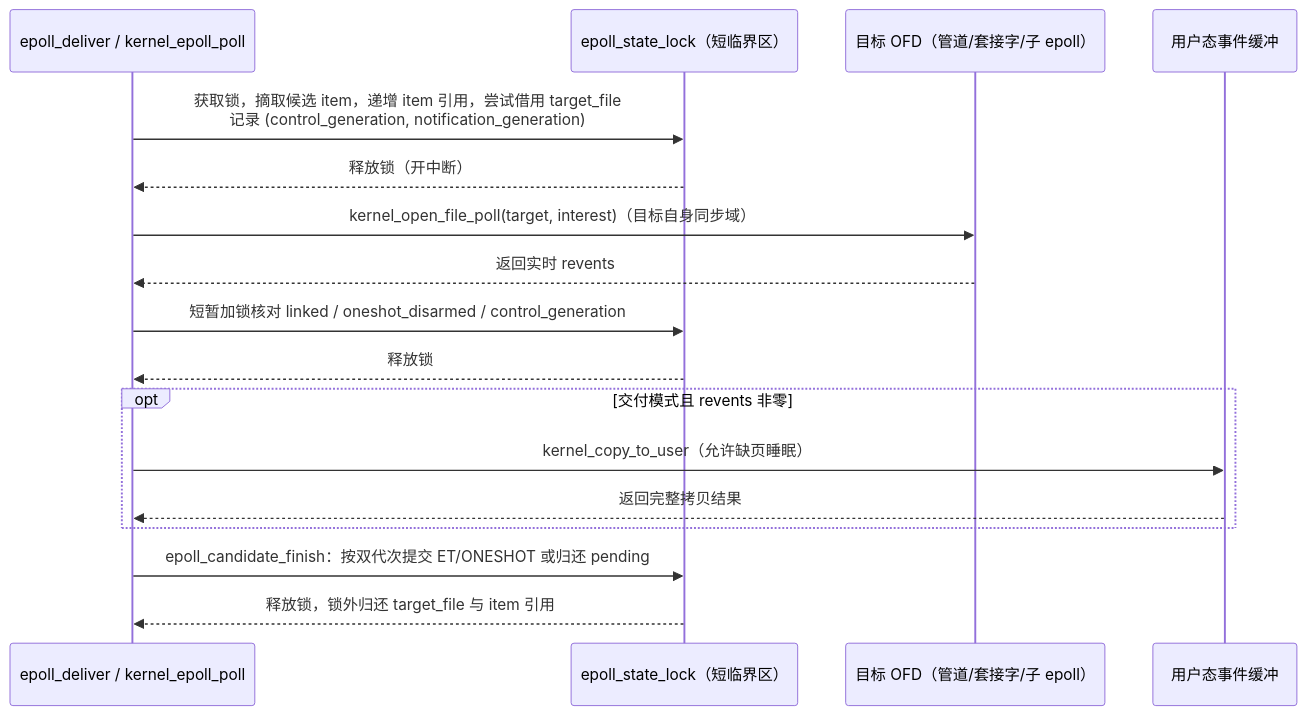
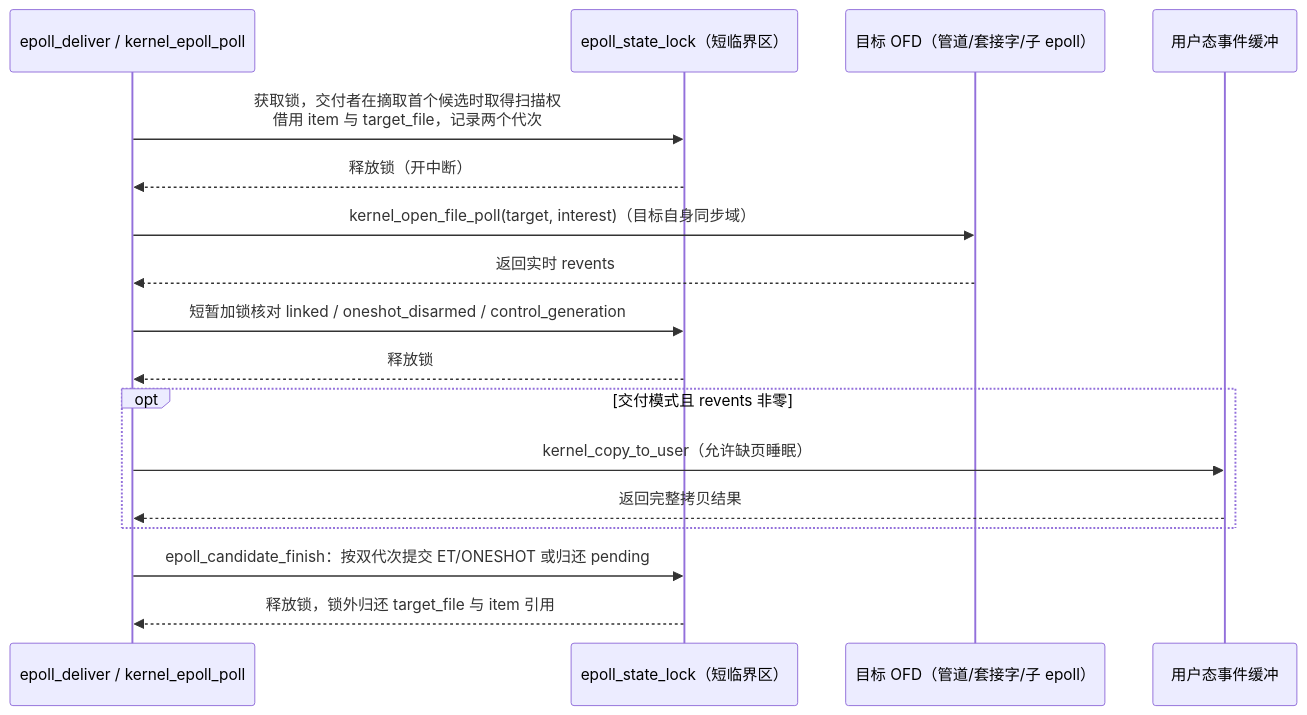
One commit to Freefor100/BoarOS changed the diagram in docs/learning/epoll-delivery.md. Above: the diagram before and after it, drawn with Mermaid. The commit also changed other lines of this file and 3 other files, not shown here.

````diff
--- a/docs/learning/epoll-delivery.md
+++ b/docs/learning/epoll-delivery.md
@@ -24,20 +24,20 @@
 ```mermaid
 sequenceDiagram
     participant Caller as epoll_deliver / kernel_epoll_poll
     participant Lock as epoll_state_lock（短临界区）
     participant Target as 目标 OFD（管道/套接字/子 epoll）
     participant User as 用户态事件缓冲
 
-    Caller->>Lock: 获取锁，摘取候选 item，递增 item 引用，尝试借用 target_file<br/>记录 (control_generation, notification_generation)
+    Caller->>Lock: 获取锁，交付者在摘取首个候选时取得扫描权<br/>借用 item 与 target_file，记录两个代次
     Lock-->>Caller: 释放锁（开中断）
     Caller->>Target: kernel_open_file_poll(target, interest)（目标自身同步域）
     Target-->>Caller: 返回实时 revents
     Caller->>Lock: 短暂加锁核对 linked / oneshot_disarmed / control_generation
     Lock-->>Caller: 释放锁
     opt 交付模式且 revents 非零
         Caller->>User: kernel_copy_to_user（允许缺页睡眠）
         User-->>Caller: 返回完整拷贝结果
     end
     Caller->>Lock: epoll_candidate_finish：按双代次提交 ET/ONESHOT 或归还 pending
     Lock-->>Caller: 释放锁，锁外归还 target_file 与 item 引用
 ```
````
